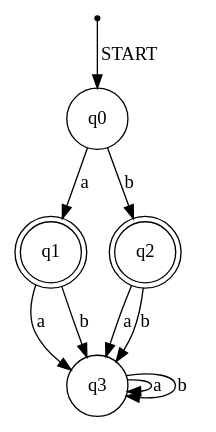
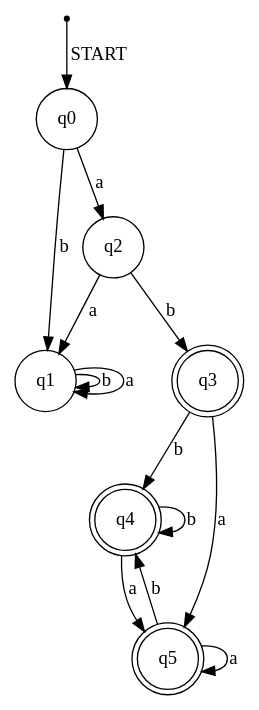
One commit to ankit-kisi/RegEx2DFA changed the diagram in dfa.dot. Above: the diagram before and after it, drawn with Graphviz. The commit also changed 12 other files, not shown here.

```diff
--- a/dfa.dot
+++ b/dfa.dot
@@ -1,14 +1,18 @@
 digraph DFA {
 node [shape = point] START;
-node [shape = circle] q0 q3 ;
-node [shape = doublecircle] q1 q2 ;
+node [shape = circle] q0 q1 q2 ;
+node [shape = doublecircle] q3 q4 q5 ;
 START -> q0 [label="START"];
-q0 -> q1 [label="a"];
-q0 -> q2 [label="b"];
-q1 -> q3 [label="a"];
-q1 -> q3 [label="b"];
-q2 -> q3 [label="a"];
+q0 -> q1 [label="b"];
+q0 -> q2 [label="a"];
+q1 -> q1 [label="b"];
+q1 -> q1 [label="a"];
 q2 -> q3 [label="b"];
-q3 -> q3 [label="a"];
-q3 -> q3 [label="b"];
+q2 -> q1 [label="a"];
+q3 -> q4 [label="b"];
+q3 -> q5 [label="a"];
+q4 -> q4 [label="b"];
+q4 -> q5 [label="a"];
+q5 -> q4 [label="b"];
+q5 -> q5 [label="a"];
 }
```
